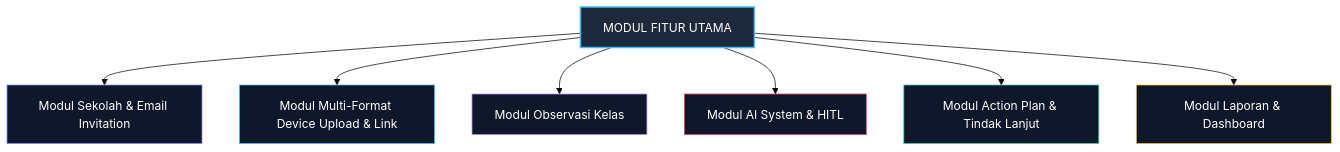
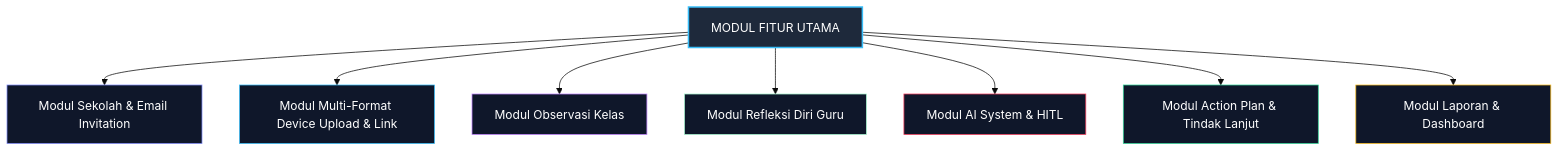
The diagram in docs/04-modul-fitur.md (Hnzsama/supervisi_sekolah), drawn with Mermaid (base theme) before and after one commit. The commit also changed other lines of this file and 13 other files, not shown here.

Commit message:
docs: tambahkan tahap refleksi guru pasca-observasi kelas dan pertimbangan tindak lanjut

````diff
--- a/docs/04-modul-fitur.md
+++ b/docs/04-modul-fitur.md
@@ -7,18 +7,20 @@
 ```mermaid
 graph TD
     M[MODUL FITUR UTAMA]
     M --> M1[Modul Sekolah & Email Invitation]
     M --> M2[Modul Multi-Format Device Upload & Link]
     M --> M3[Modul Observasi Kelas]
+    M --> M3B[Modul Refleksi Diri Guru]
     M --> M4[Modul AI System & HITL]
     M --> M5[Modul Action Plan & Tindak Lanjut]
     M --> M6[Modul Laporan & Dashboard]
 
     style M fill:#1e293b,stroke:#38bdf8,stroke-width:2px,color:#fff
     style M1 fill:#0f172a,stroke:#818cf8,color:#fff
     style M2 fill:#0f172a,stroke:#38bdf8,color:#fff
     style M3 fill:#0f172a,stroke:#c084fc,color:#fff
+    style M3B fill:#0f172a,stroke:#a7f3d0,color:#fff
     style M4 fill:#0f172a,stroke:#f43f5e,color:#fff
     style M5 fill:#0f172a,stroke:#34d399,color:#fff
     style M6 fill:#0f172a,stroke:#fbbf24,color:#fff
 ```
````
